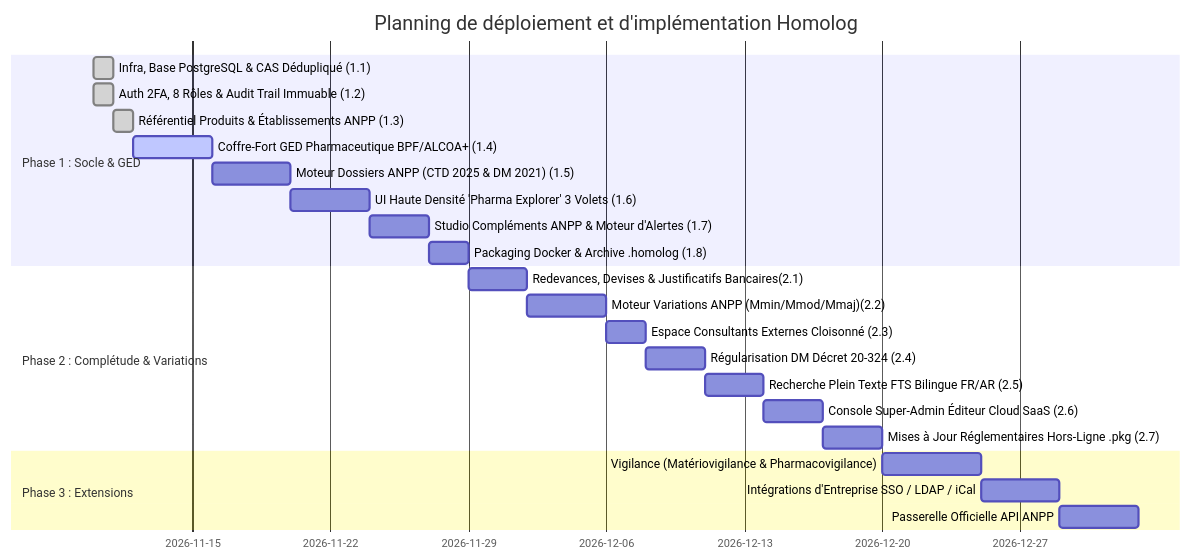
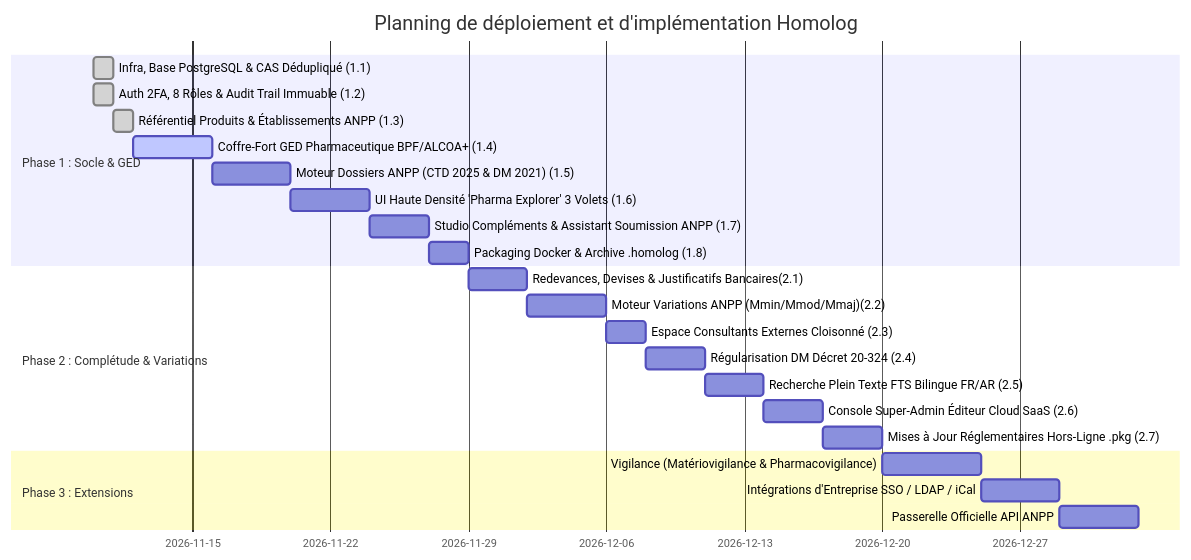
The diagram in docs/roadmap.md (aassr1965/homolog), drawn with Mermaid before and after one commit. The commit also changed other lines of this file and 1 other file, not shown here.

Commit message:
docs: integrate ANPP Submission Assistant and E-Services specifications in roadmap and cahier des charges

````diff
--- a/docs/roadmap.md
+++ b/docs/roadmap.md
@@ -18,26 +18,26 @@
 ```mermaid
 gantt
     title Planning de déploiement et d'implémentation Homolog
     dateFormat  YYYY-MM-DD
     section Phase 1 : Socle & GED
     Infra, Base PostgreSQL & CAS Dédupliqué (1.1)    :done, p1_1, 2026-11-10, 1d
     Auth 2FA, 8 Rôles & Audit Trail Immuable (1.2)   :done, p1_2, 2026-11-10, 1d
     Référentiel Produits & Établissements ANPP (1.3) :done, p1_3, 2026-11-11, 1d
     Coffre-Fort GED Pharmaceutique BPF/ALCOA+ (1.4)  :active, p1_4, after p1_3, 4d
     Moteur Dossiers ANPP (CTD 2025 & DM 2021) (1.5)  :p1_5, after p1_4, 4d
     UI Haute Densité 'Pharma Explorer' 3 Volets (1.6):p1_6, after p1_5, 4d
-    Studio Compléments ANPP & Moteur d'Alertes (1.7) :p1_7, after p1_6, 3d
+    Studio Compléments & Assistant Soumission ANPP (1.7) :p1_7, after p1_6, 3d
     Packaging Docker & Archive .homolog (1.8)        :p1_8, after p1_7, 2d
     section Phase 2 : Complétude & Variations
     Redevances, Devises & Justificatifs Bancaires(2.1):p2_1, after p1_8, 3d
     Moteur Variations ANPP (Mmin/Mmod/Mmaj)(2.2)     :p2_2, after p2_1, 4d
     Espace Consultants Externes Cloisonné (2.3)      :p2_3, after p2_2, 2d
     Régularisation DM Décret 20-324 (2.4)            :p2_4, after p2_3, 3d
     Recherche Plein Texte FTS Bilingue FR/AR (2.5)   :p2_5, after p2_4, 3d
     Console Super-Admin Éditeur Cloud SaaS (2.6)     :p2_6, after p2_5, 3d
     Mises à Jour Réglementaires Hors-Ligne .pkg (2.7):p2_7, after p2_6, 3d
     section Phase 3 : Extensions
     Vigilance (Matériovigilance & Pharmacovigilance) :p3_1, after p2_7, 5d
     Intégrations d'Entreprise SSO / LDAP / iCal      :p3_2, after p3_1, 4d
     Passerelle Officielle API ANPP                   :p3_3, after p3_2, 4d
 ```
````
